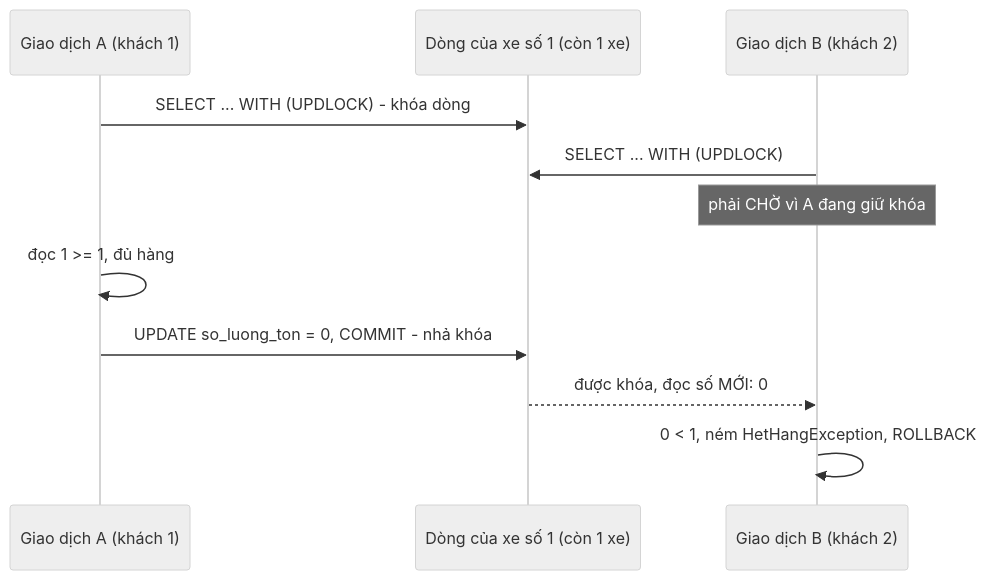
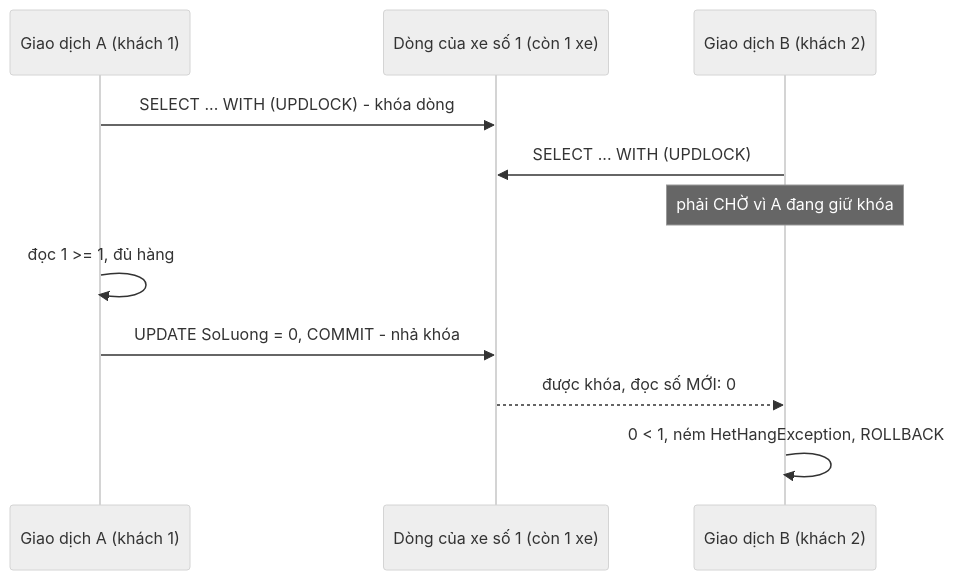
Before and after one commit to McModCoding/Doan-Java: the third of 5 diagrams in docs/thiet-ke-dong-thoi-va-mang.md, drawn with Mermaid (neutral theme). The commit also changed other lines of this file and 12 other files, not shown here.

````diff
--- a/docs/thiet-ke-dong-thoi-va-mang.md
+++ b/docs/thiet-ke-dong-thoi-va-mang.md
@@ -95,13 +101,13 @@
 ```mermaid
 sequenceDiagram
     participant A as Giao dịch A (khách 1)
     participant DB as Dòng của xe số 1 (còn 1 xe)
     participant B as Giao dịch B (khách 2)
     A->>DB: SELECT ... WITH (UPDLOCK) - khóa dòng
     B->>DB: SELECT ... WITH (UPDLOCK)
     Note over B: phải CHỜ vì A đang giữ khóa
     A->>A: đọc 1 >= 1, đủ hàng
-    A->>DB: UPDATE so_luong_ton = 0, COMMIT - nhả khóa
+    A->>DB: UPDATE SoLuong = 0, COMMIT - nhả khóa
     DB-->>B: được khóa, đọc số MỚI: 0
     B->>B: 0 < 1, ném HetHangException, ROLLBACK
 ```
````
